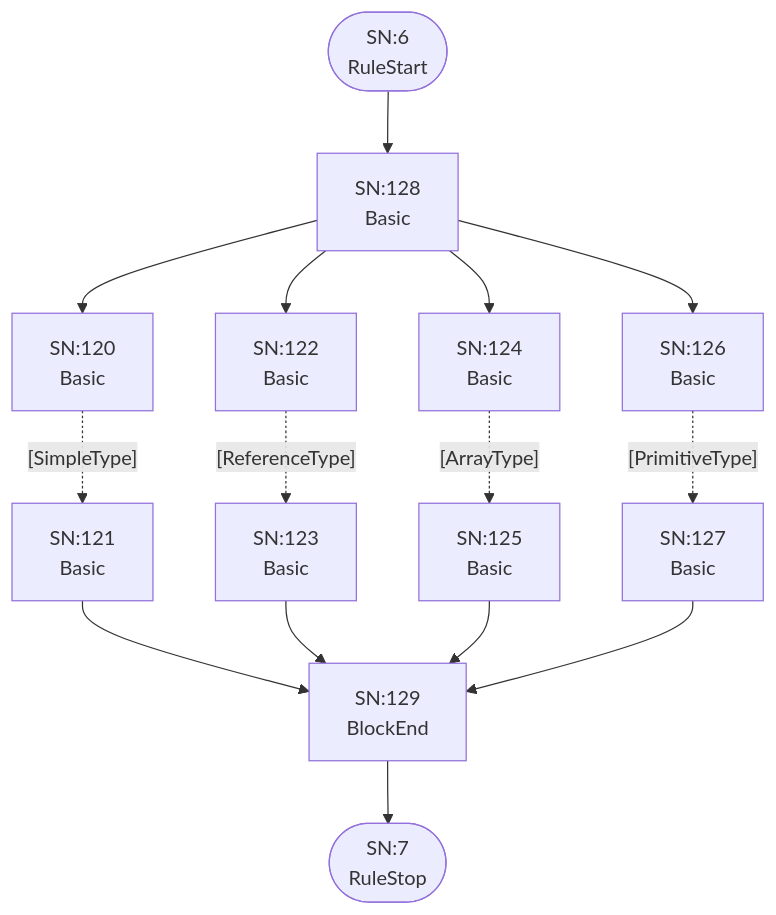
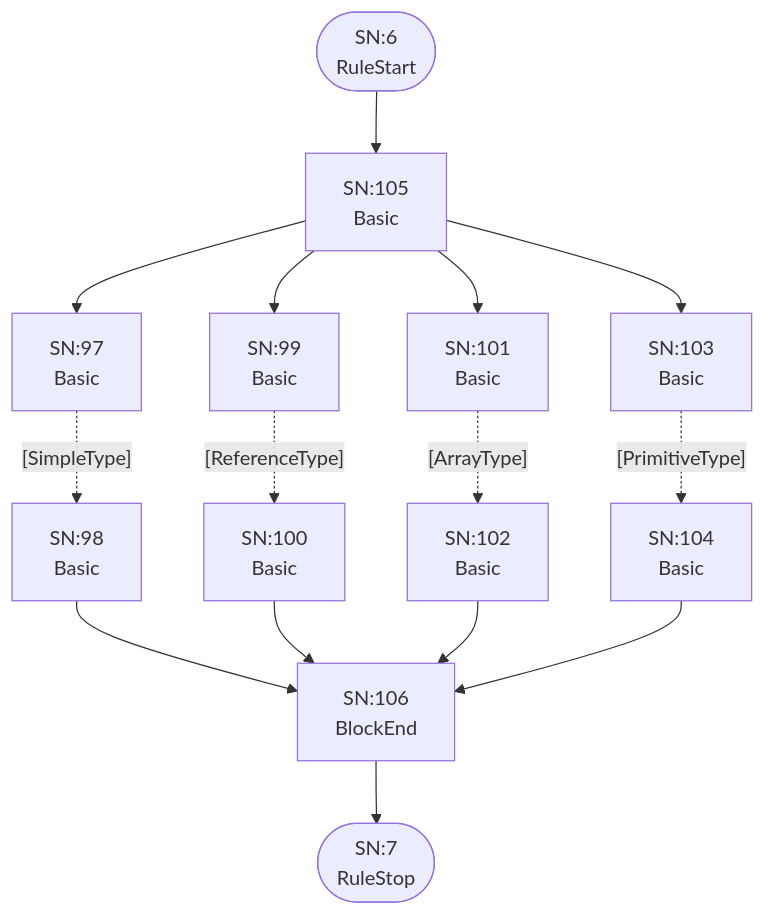
Before and after one commit to TypeFox/fastbelt: the fourth of 25 diagrams in internal/grammar/atn.md, drawn with Mermaid. The commit also changed other lines of this file and 12 other files, not shown here.

````diff
--- a/internal/grammar/atn.md
+++ b/internal/grammar/atn.md
@@ -136,30 +136,30 @@
 ```mermaid
 flowchart TD
     q6(["SN:6<br/>RuleStart"])
     q7(["SN:7<br/>RuleStop"])
-    q120["SN:120<br/>Basic<br/>"]
-    q121["SN:121<br/>Basic<br/>"]
-    q122["SN:122<br/>Basic<br/>"]
-    q123["SN:123<br/>Basic<br/>"]
-    q124["SN:124<br/>Basic<br/>"]
-    q125["SN:125<br/>Basic<br/>"]
-    q126["SN:126<br/>Basic<br/>"]
-    q127["SN:127<br/>Basic<br/>"]
-    q128["SN:128<br/>Basic<br/>"]
-    q129["SN:129<br/>BlockEnd<br/>"]
+    q97["SN:97<br/>Basic<br/>"]
+    q98["SN:98<br/>Basic<br/>"]
+    q99["SN:99<br/>Basic<br/>"]
+    q100["SN:100<br/>Basic<br/>"]
+    q101["SN:101<br/>Basic<br/>"]
+    q102["SN:102<br/>Basic<br/>"]
+    q103["SN:103<br/>Basic<br/>"]
+    q104["SN:104<br/>Basic<br/>"]
+    q105["SN:105<br/>Basic<br/>"]
+    q106["SN:106<br/>BlockEnd<br/>"]
 
-    q6 --> q128
-    q120 -.->|"[SimpleType]"| q121
-    q121 --> q129
-    q122 -.->|"[ReferenceType]"| q123
-    q123 --> q129
-    q124 -.->|"[ArrayType]"| q125
-    q125 --> q129
-    q126 -.->|"[PrimitiveType]"| q127
-    q127 --> q129
-    q128 --> q120
-    q128 --> q122
-    q128 --> q124
-    q128 --> q126
-    q129 --> q7
+    q6 --> q105
+    q97 -.->|"[SimpleType]"| q98
+    q98 --> q106
+    q99 -.->|"[ReferenceType]"| q100
+    q100 --> q106
+    q101 -.->|"[ArrayType]"| q102
+    q102 --> q106
+    q103 -.->|"[PrimitiveType]"| q104
+    q104 --> q106
+    q105 --> q97
+    q105 --> q99
+    q105 --> q101
+    q105 --> q103
+    q106 --> q7
 ```
````
